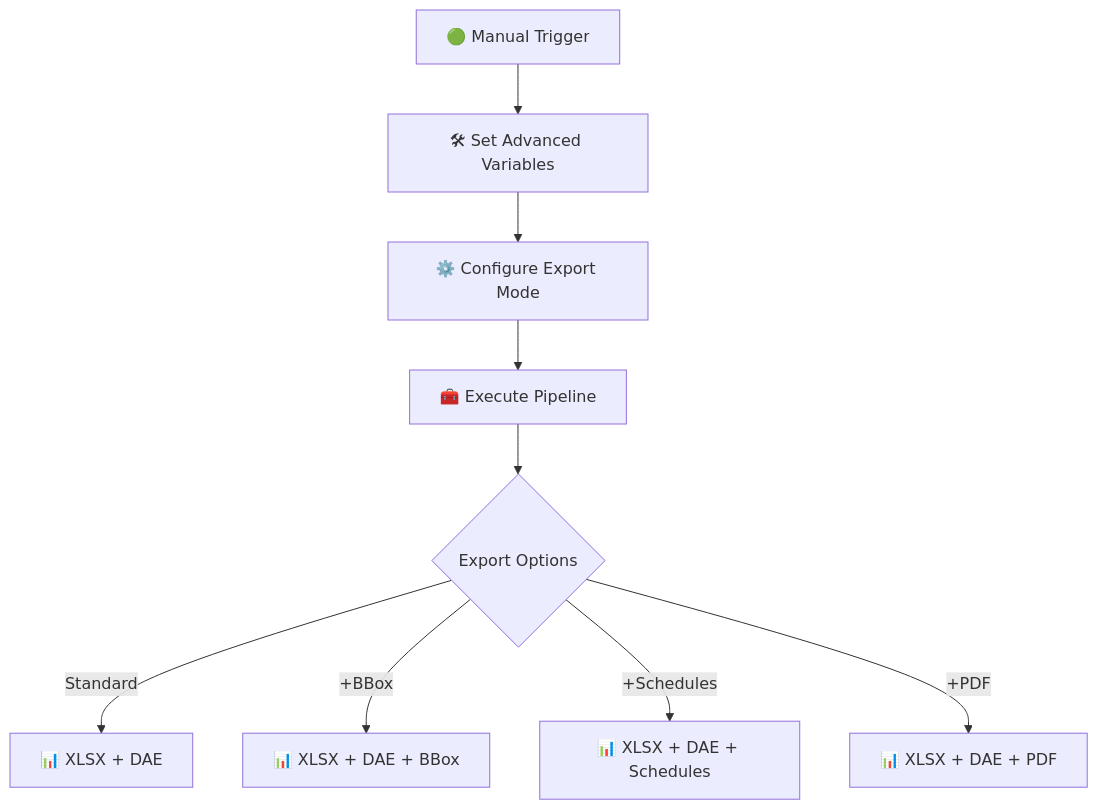
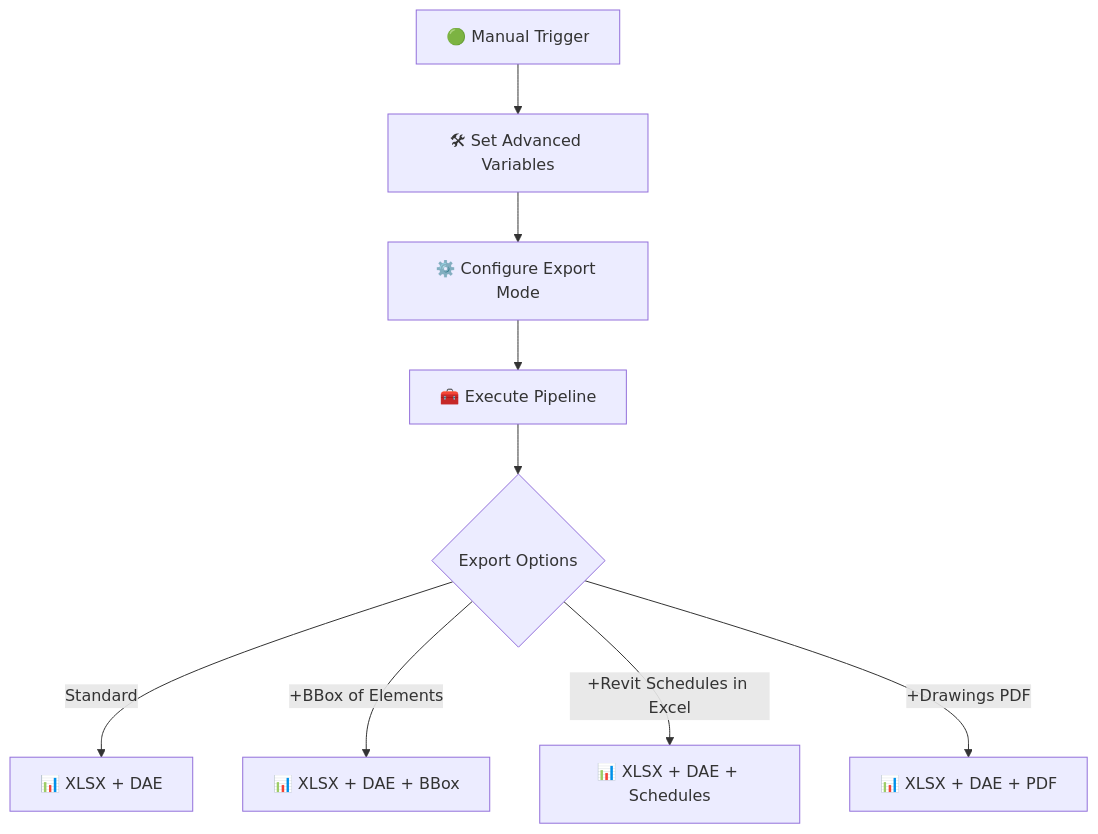
Before and after one commit to ehtick/cad2data-Revit-IFC-DWG-DGN-pipeline-with-conversion-validation-qto: the second of 3 diagrams in README.md, drawn with Mermaid.

````diff
--- a/README.md
+++ b/README.md
@@ -107,11 +107,11 @@
 ```mermaid
 graph TD;
     A[🟢 Manual Trigger] --> B[🛠 Set Advanced Variables]
     B --> C[⚙️ Configure Export Mode]
     C --> D[🧰 Execute Pipeline]
     D --> E{Export Options}
     E -->|Standard| F[📊 XLSX + DAE]
-    E -->|+BBox| G[📊 XLSX + DAE + BBox]
-    E -->|+Schedules| H[📊 XLSX + DAE + Schedules]
-    E -->|+PDF| I[📊 XLSX + DAE + PDF]
+    E -->|+BBox of Elements| G[📊 XLSX + DAE + BBox]
+    E -->|+Revit Schedules in Excel| H[📊 XLSX + DAE + Schedules]
+    E -->|+Drawings PDF| I[📊 XLSX + DAE + PDF]
 ```
````
